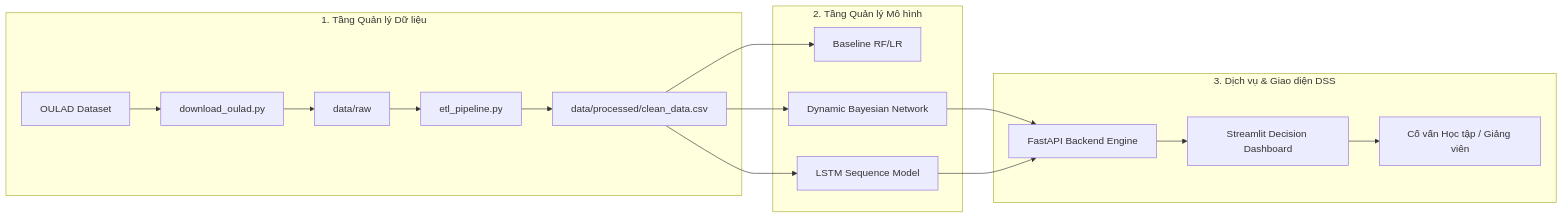
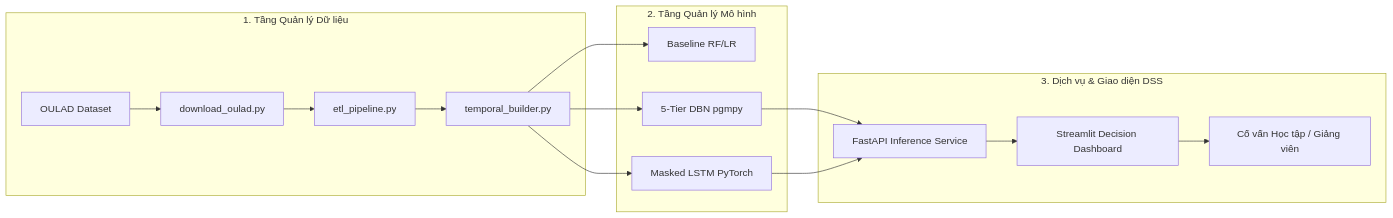
The diagram in README.md (LiQiye2507/IS254.R11), drawn with Mermaid before and after one commit. The commit also changed other lines of this file and 8 other files, not shown here.

Commit message:
feat: add FastAPI backend, Streamlit dashboard, and Docker setup

````diff
--- a/README.md
+++ b/README.md
@@ -26,21 +26,20 @@
 ```mermaid
 flowchart LR
     subgraph DataLayer ["1. Tầng Quản lý Dữ liệu"]
         A[OULAD Dataset] --> B[download_oulad.py]
-        B --> C[data/raw]
-        C --> D[etl_pipeline.py]
-        D --> E[data/processed/clean_data.csv]
+        B --> C[etl_pipeline.py]
+        C --> D[temporal_builder.py]
     end
 
     subgraph ModelLayer ["2. Tầng Quản lý Mô hình"]
-        E --> M1[Baseline RF/LR]
-        E --> M2[Dynamic Bayesian Network]
-        E --> M3[LSTM Sequence Model]
+        D --> M1[Baseline RF/LR]
+        D --> M2[5-Tier DBN pgmpy]
+        D --> M3[Masked LSTM PyTorch]
     end
 
     subgraph ServiceLayer ["3. Dịch vụ & Giao diện DSS"]
-        M2 & M3 --> API[FastAPI Backend Engine]
+        M2 & M3 --> API[FastAPI Inference Service]
         API --> UI[Streamlit Decision Dashboard]
         UI --> Advisor[Cố vấn Học tập / Giảng viên]
     end
 ```
````
